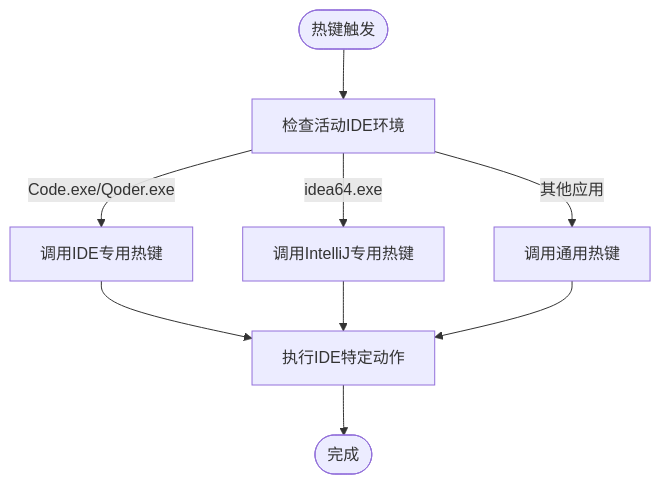
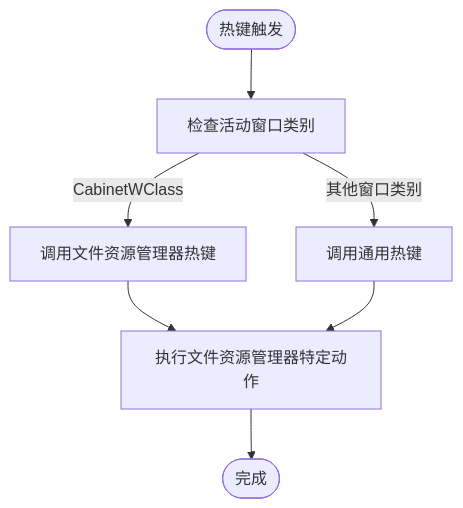
The third of 8 diagrams in .qoder/repowiki/zh/content/核心功能/热键管理系统.md (wangys-123doit/hotkey), drawn with Mermaid before and after one commit. The commit also changed other lines of this file and 6 other files, not shown here.

````diff
--- a/.qoder/repowiki/zh/content/核心功能/热键管理系统.md
+++ b/.qoder/repowiki/zh/content/核心功能/热键管理系统.md
@@ -129,11 +121,9 @@
 ```mermaid
 flowchart TD
-Start(["热键触发"]) --> CheckIDE["检查活动IDE环境"]
-CheckIDE --> |Code.exe/Qoder.exe| IDEHotkeys["调用IDE专用热键"]
-CheckIDE --> |idea64.exe| IdeaHotkeys["调用IntelliJ专用热键"]
-CheckIDE --> |其他应用| GeneralHotkeys["调用通用热键"]
-IDEHotkeys --> ExecAction["执行IDE特定动作"]
-IdeaHotkeys --> ExecAction
+Start(["热键触发"]) --> CheckCategory["检查活动窗口类别"]
+CheckCategory --> |CabinetWClass| ExplorerHotkeys["调用文件资源管理器热键"]
+CheckCategory --> |其他窗口类别| GeneralHotkeys["调用通用热键"]
+ExplorerHotkeys --> ExecAction["执行文件资源管理器特定动作"]
 GeneralHotkeys --> ExecAction
 ExecAction --> End(["完成"])
 ```
````
